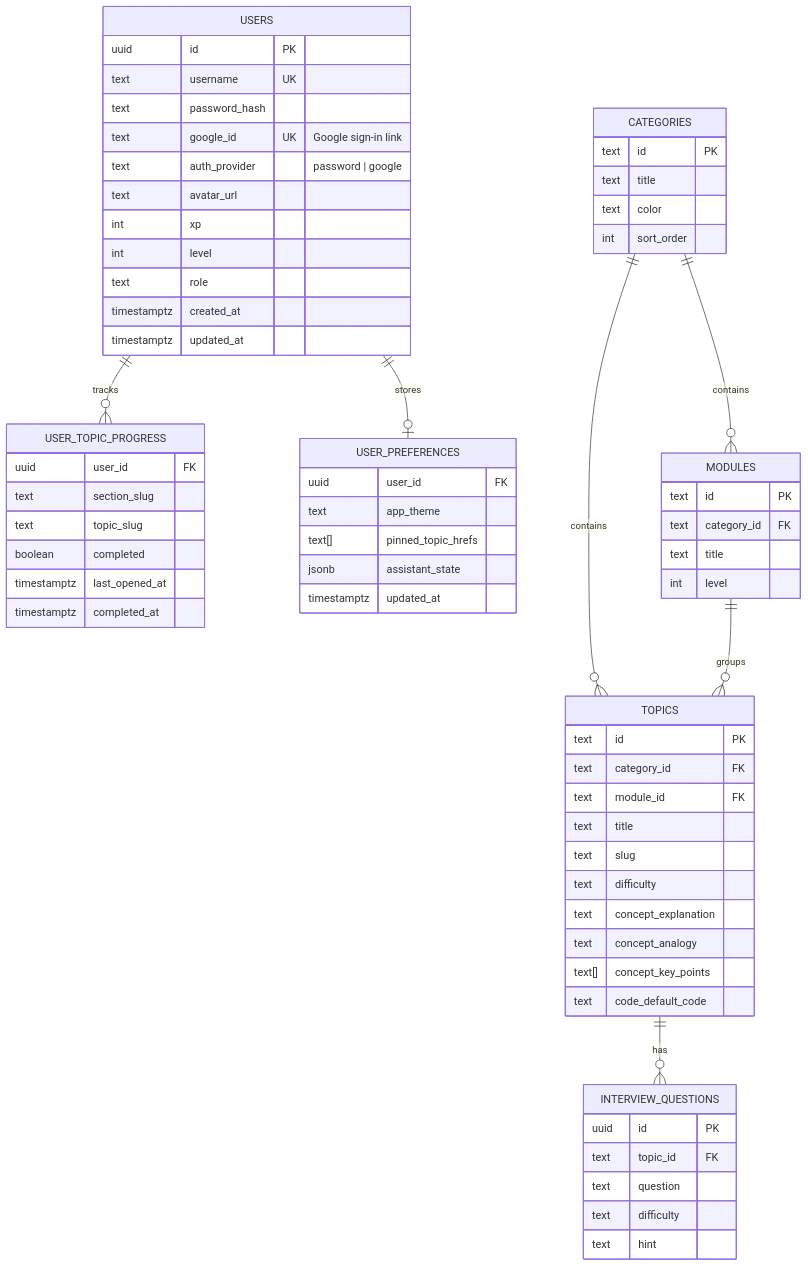
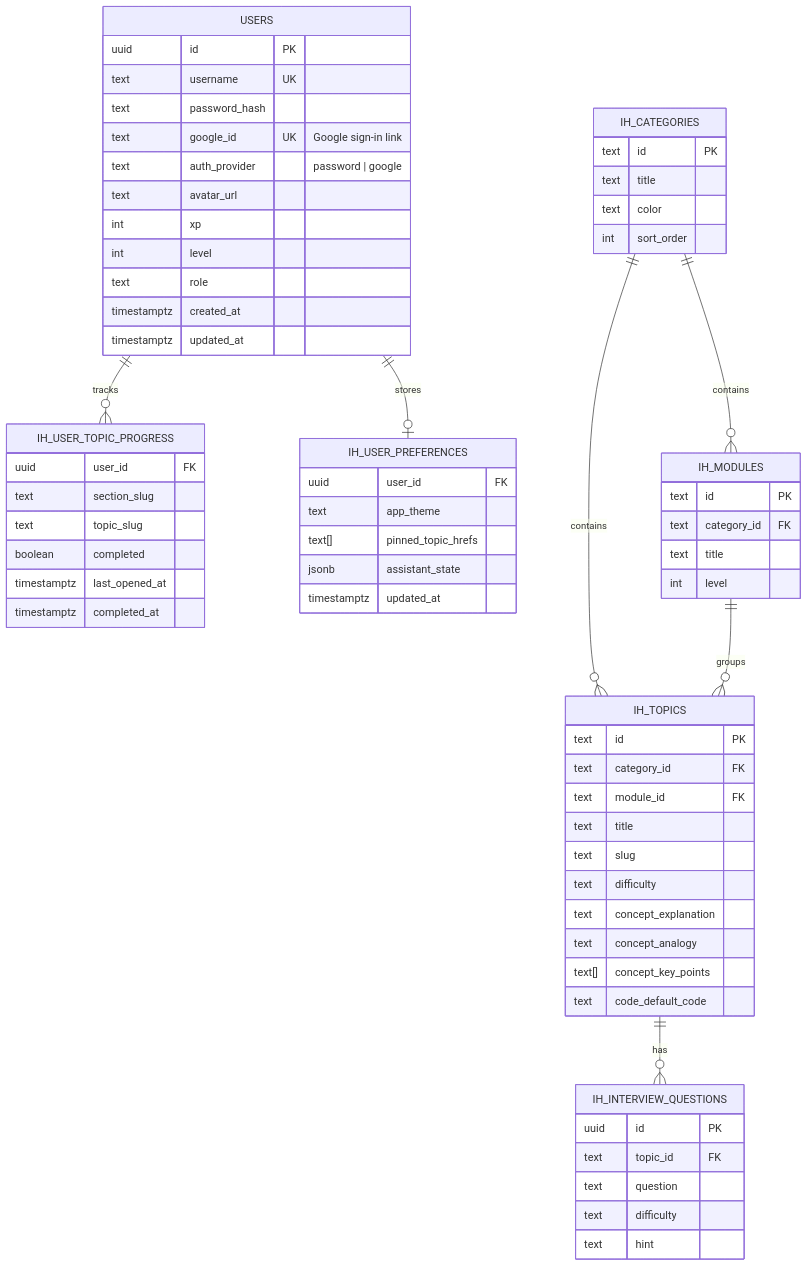
One commit to sangisapusaiteja/InterviewHandbook changed the fourth of 4 diagrams in README.md. Above: the diagram before and after it, drawn with Mermaid. The commit also changed other lines of this file, not shown here.

Commit message:
docs: update DB schema to ih_ table prefixes

````diff
--- a/README.md
+++ b/README.md
@@ -163,75 +163,75 @@
 ```mermaid
 erDiagram
     USERS {
         uuid id PK
         text username UK
         text password_hash
         text google_id UK "Google sign-in link"
         text auth_provider "password | google"
         text avatar_url
         int xp
         int level
         text role
         timestamptz created_at
         timestamptz updated_at
     }
 
-    USER_TOPIC_PROGRESS {
+    IH_USER_TOPIC_PROGRESS {
         uuid user_id FK
         text section_slug
         text topic_slug
         boolean completed
         timestamptz last_opened_at
         timestamptz completed_at
     }
 
-    USER_PREFERENCES {
+    IH_USER_PREFERENCES {
         uuid user_id FK
         text app_theme
         text[] pinned_topic_hrefs
         jsonb assistant_state
         timestamptz updated_at
     }
 
-    CATEGORIES {
+    IH_CATEGORIES {
         text id PK
         text title
         text color
         int sort_order
     }
 
-    MODULES {
+    IH_MODULES {
         text id PK
         text category_id FK
         text title
         int level
     }
 
-    TOPICS {
+    IH_TOPICS {
         text id PK
         text category_id FK
         text module_id FK
         text title
         text slug
         text difficulty
         text concept_explanation
         text concept_analogy
         text[] concept_key_points
         text code_default_code
     }
 
-    INTERVIEW_QUESTIONS {
+    IH_INTERVIEW_QUESTIONS {
         uuid id PK
         text topic_id FK
         text question
         text difficulty
         text hint
     }
 
-    USERS ||--o{ USER_TOPIC_PROGRESS : "tracks"
-    USERS ||--o| USER_PREFERENCES : "stores"
-    CATEGORIES ||--o{ MODULES : "contains"
-    CATEGORIES ||--o{ TOPICS : "contains"
-    MODULES ||--o{ TOPICS : "groups"
-    TOPICS ||--o{ INTERVIEW_QUESTIONS : "has"
+    USERS ||--o{ IH_USER_TOPIC_PROGRESS : "tracks"
+    USERS ||--o| IH_USER_PREFERENCES : "stores"
+    IH_CATEGORIES ||--o{ IH_MODULES : "contains"
+    IH_CATEGORIES ||--o{ IH_TOPICS : "contains"
+    IH_MODULES ||--o{ IH_TOPICS : "groups"
+    IH_TOPICS ||--o{ IH_INTERVIEW_QUESTIONS : "has"
 ```
````
